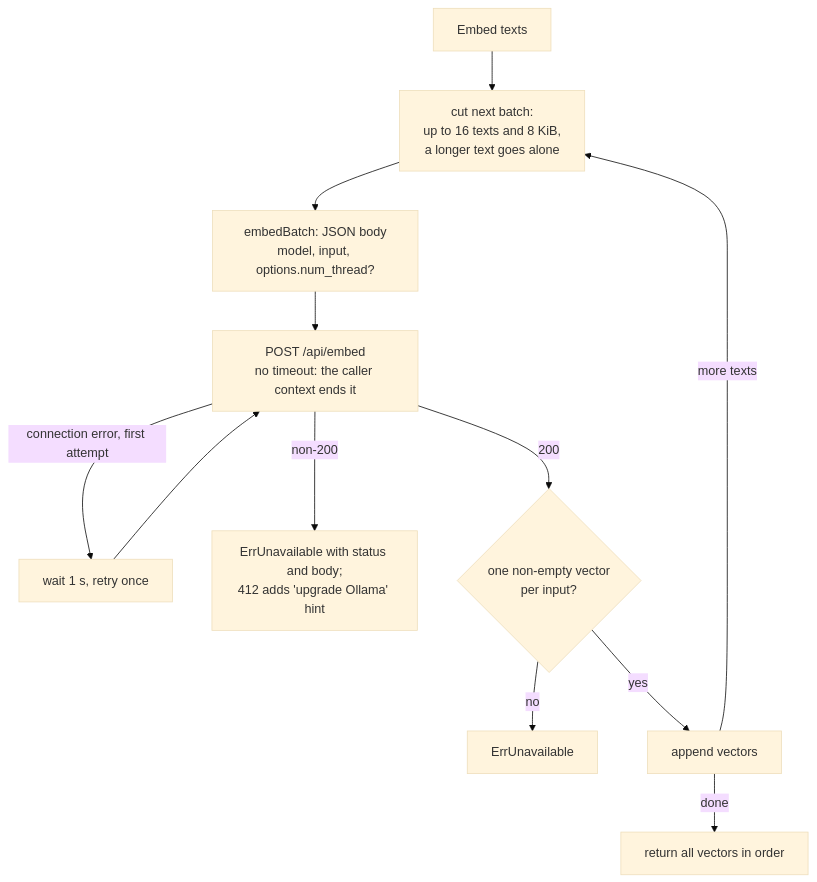
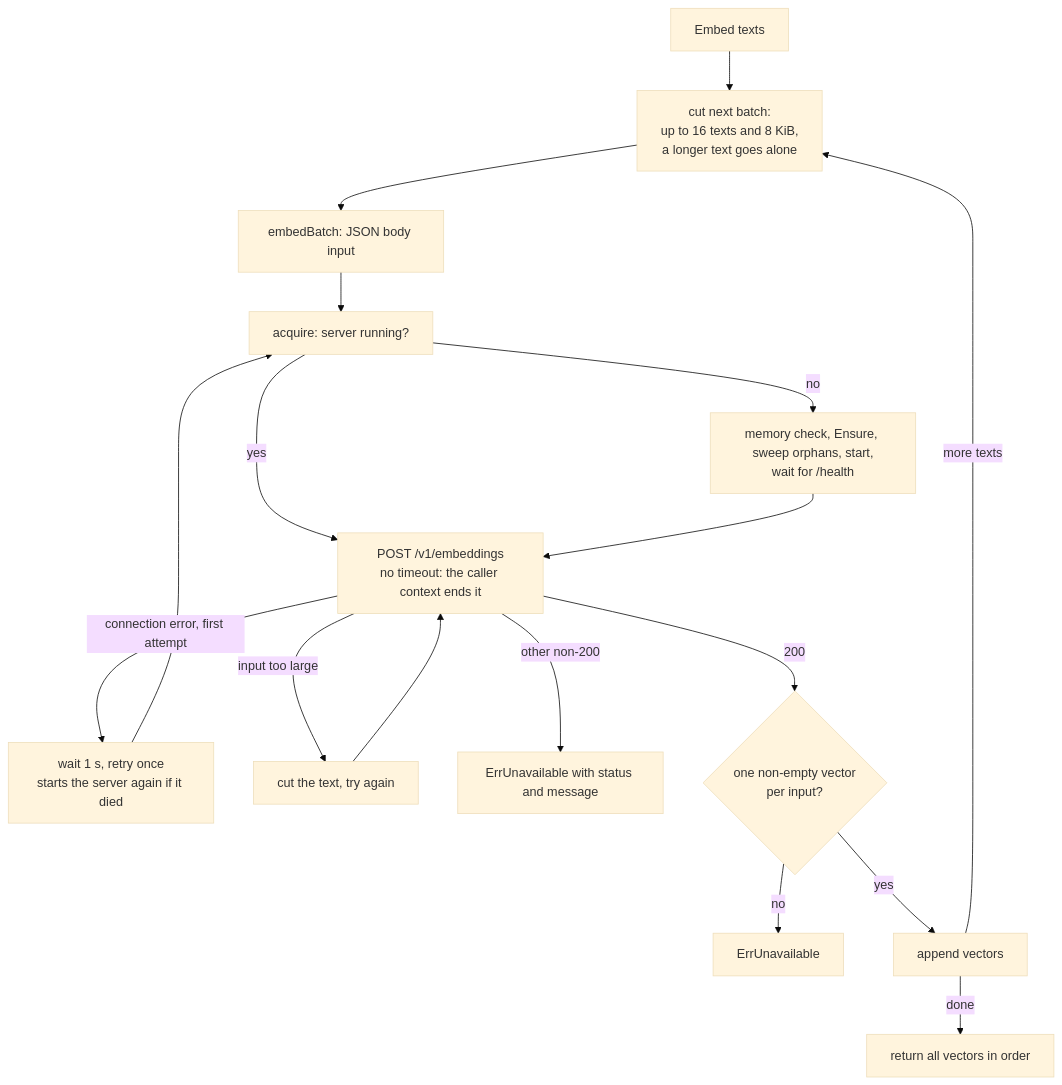
One commit to doITmagic/rag-code-mcp changed the second of 2 diagrams in embed/README.md. Above: the diagram before and after it, drawn with Mermaid (base theme). The commit also changed other lines of this file and 16 other files, not shown here.

````diff
--- a/embed/README.md
+++ b/embed/README.md
@@ -122,14 +146,19 @@
 ```mermaid
 flowchart TD
     A[Embed texts] --> B[cut next batch:<br/>up to 16 texts and 8 KiB,<br/>a longer text goes alone]
-    B --> C[embedBatch: JSON body<br/>model, input, options.num_thread?]
-    C --> D[POST /api/embed<br/>no timeout: the caller context ends it]
-    D -->|connection error, first attempt| E[wait 1 s, retry once]
-    E --> D
-    D -->|non-200| F[ErrUnavailable with status and body;<br/>412 adds 'upgrade Ollama' hint]
+    B --> C[embedBatch: JSON body input]
+    C --> S[acquire: server running?]
+    S -- no --> T[memory check, Ensure, sweep orphans, start,<br/>wait for /health]
+    S -- yes --> D
+    T --> D[POST /v1/embeddings<br/>no timeout: the caller context ends it]
+    D -->|connection error, first attempt| E[wait 1 s, retry once<br/>starts the server again if it died]
+    E --> S
+    D -->|input too large| K[cut the text, try again]
+    K --> D
+    D -->|other non-200| F[ErrUnavailable with status and message]
     D -->|200| G{one non-empty vector<br/>per input?}
     G -->|no| H[ErrUnavailable]
     G -->|yes| I[append vectors]
     I -->|more texts| B
     I -->|done| J[return all vectors in order]
 ```
````
